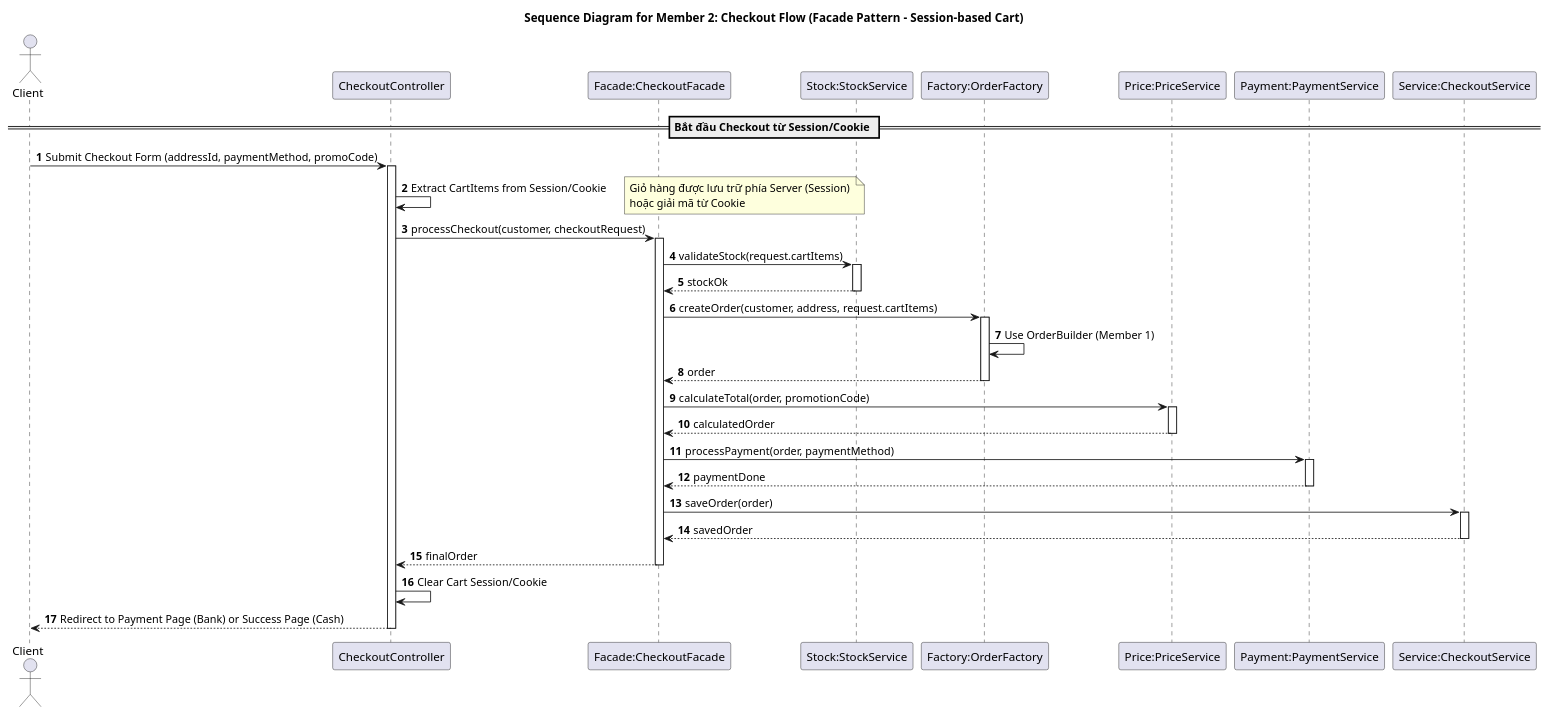
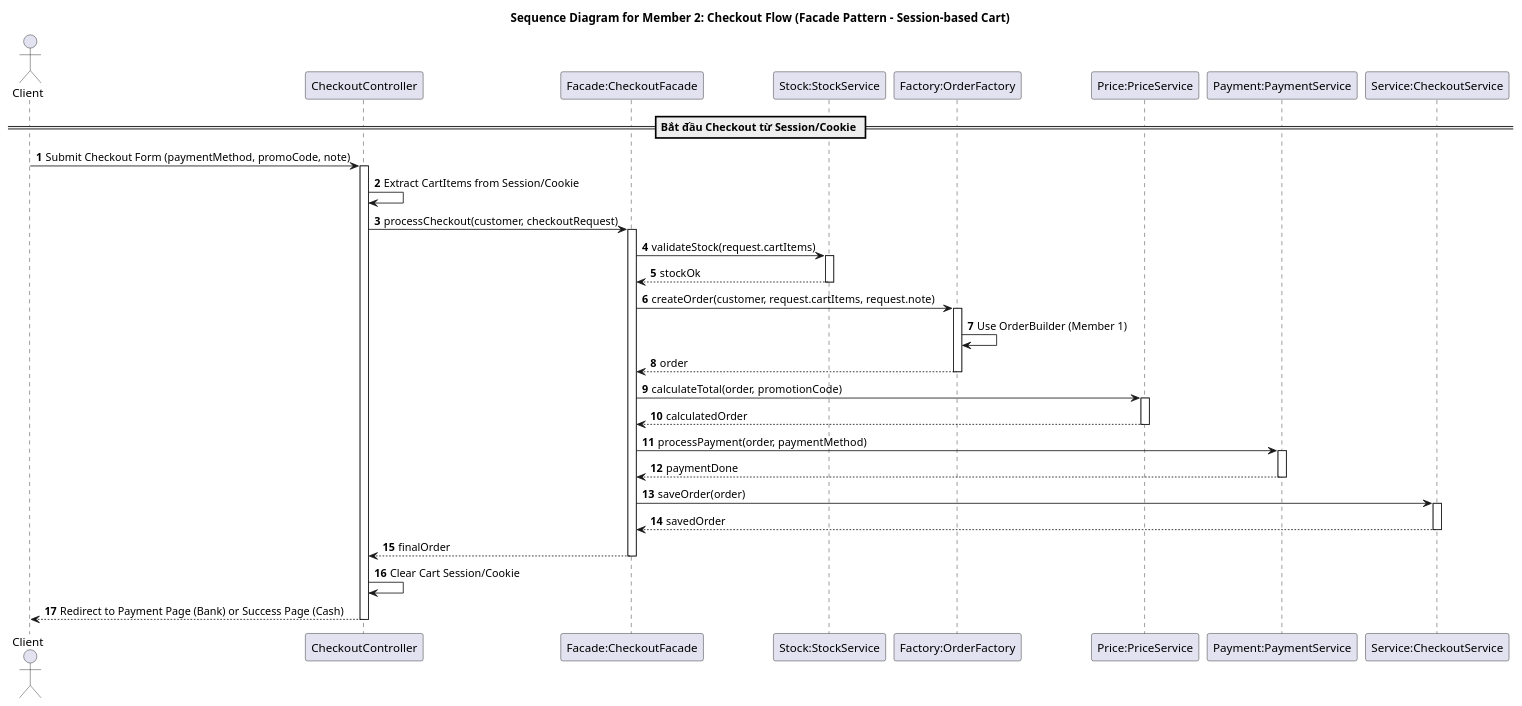
One commit to vothnha26/Object-Oriented_Design changed the diagram in problems/Member2_Checkout/task4_checkout_facade.puml. Above: the diagram before and after it, drawn with PlantUML. The commit also changed 136 other files, not shown here.

Commit message:
final: make clear class diagram

```diff
--- a/problems/Member2_Checkout/task4_checkout_facade.puml
+++ b/problems/Member2_Checkout/task4_checkout_facade.puml
@@ -1,57 +1,56 @@
 @startuml task4_checkout_facade
 title Sequence Diagram for Member 2: Checkout Flow (Facade Pattern - Session-based Cart)
 autonumber
 
 actor Client
 participant "CheckoutController" as CC
 participant "Facade:CheckoutFacade" as CF
 participant "Stock:StockService" as SS
 participant "Factory:OrderFactory" as OF
 participant "Price:PriceService" as PS
 participant "Payment:PaymentService" as PY
 participant "Service:CheckoutService" as CS
 
 == Bắt đầu Checkout từ Session/Cookie ==
-Client -> CC : Submit Checkout Form (addressId, paymentMethod, promoCode)
+Client -> CC : Submit Checkout Form (paymentMethod, promoCode, note)
 activate CC
 
 CC -> CC : Extract CartItems from Session/Cookie
-note right: Giỏ hàng được lưu trữ phía Server (Session) \nhoặc giải mã từ Cookie
 
 CC -> CF : processCheckout(customer, checkoutRequest)
 activate CF
 
 CF -> SS : validateStock(request.cartItems)
 activate SS
 SS --> CF : stockOk
 deactivate SS
 
-CF -> OF : createOrder(customer, address, request.cartItems)
+CF -> OF : createOrder(customer, request.cartItems, request.note)
 activate OF
 OF -> OF : Use OrderBuilder (Member 1)
 OF --> CF : order
 deactivate OF
 
 CF -> PS : calculateTotal(order, promotionCode)
 activate PS
 PS --> CF : calculatedOrder
 deactivate PS
 
 CF -> PY : processPayment(order, paymentMethod)
 activate PY
 PY --> CF : paymentDone
 deactivate PY
 
 CF -> CS : saveOrder(order)
 activate CS
 CS --> CF : savedOrder
 deactivate CS
 
 CF --> CC : finalOrder
 deactivate CF
 
 CC -> CC : Clear Cart Session/Cookie
 CC --> Client : Redirect to Payment Page (Bank) or Success Page (Cash)
 deactivate CC
 
 @enduml
```
